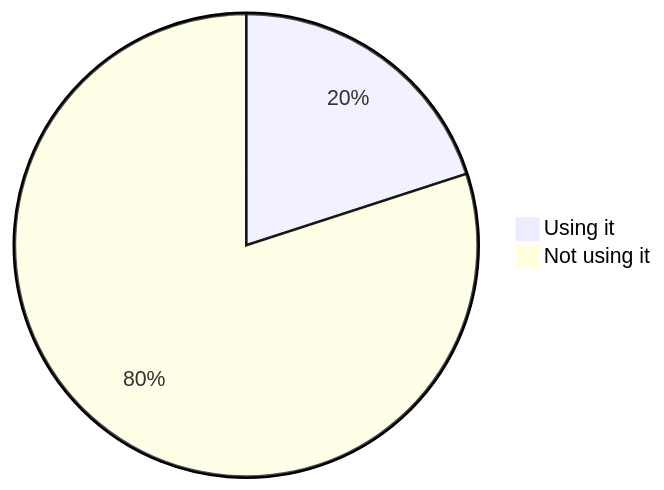
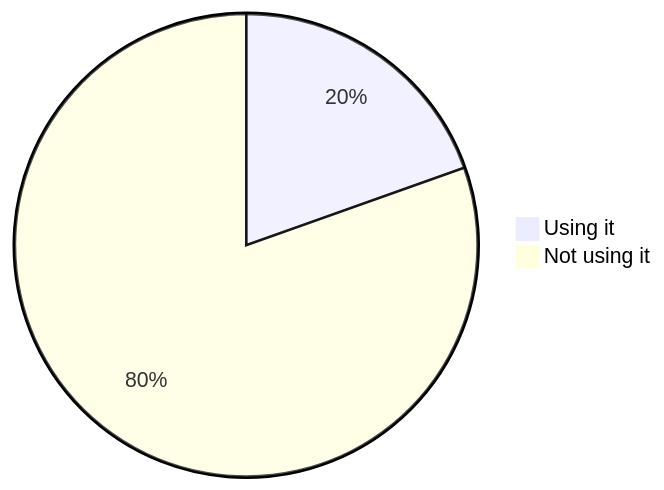
One commit to oshp/oshp-stats changed diagram 18 of 22 in stats.md. Above: the diagram before and after it, drawn with Mermaid. The commit also changed other lines of this file, not shown here.

````diff
--- a/stats.md
+++ b/stats.md
@@ -214,6 +214,6 @@
 ```mermaid
 pie
-	"Using it" : 20.01
-	"Not using it" : 79.99
+	"Using it" : 19.56
+	"Not using it" : 80.44
 
 ```
````
